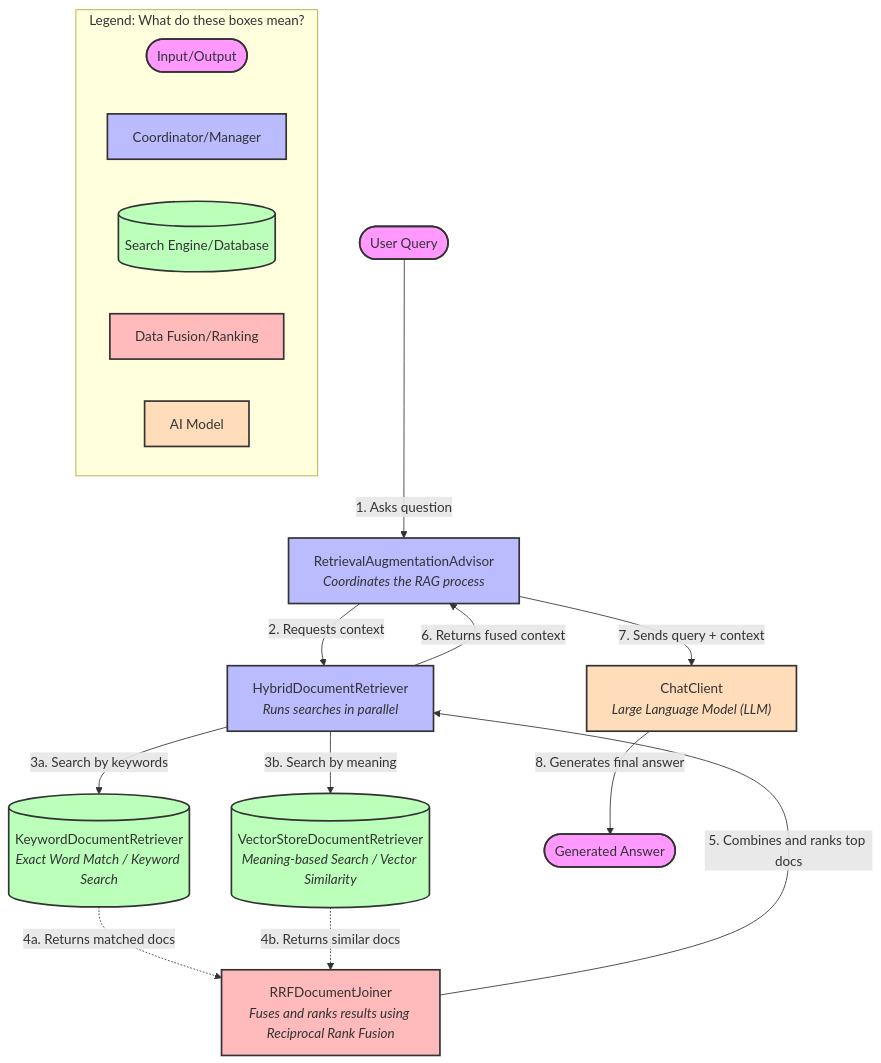
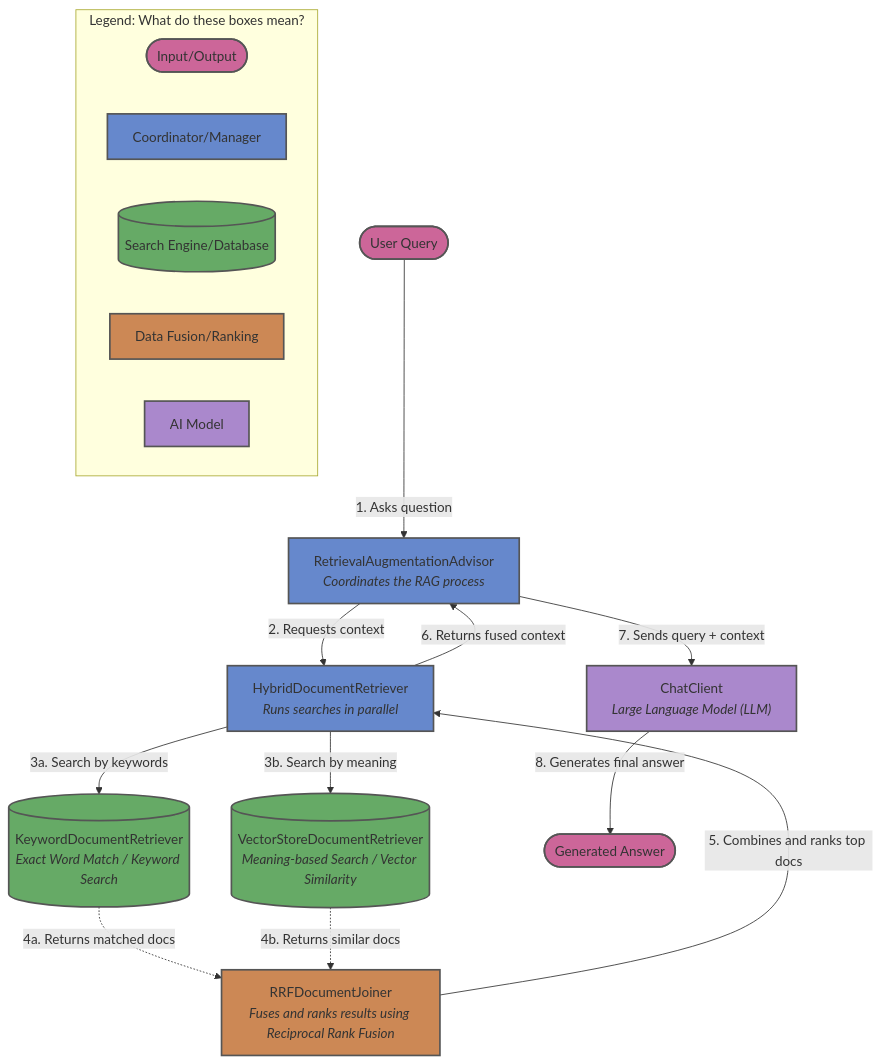
Before and after one commit to rajadilipkolli/ai-playground: the diagram in rag/rag-springai-ollama-llm/ReadMe.md, drawn with Mermaid. The commit also changed 36 other files, not shown here.

````diff
--- a/rag/rag-springai-ollama-llm/ReadMe.md
+++ b/rag/rag-springai-ollama-llm/ReadMe.md
@@ -7,47 +7,47 @@
 ```mermaid
 flowchart TD
     %% Define Styles / Legend
-    classDef userReq fill:#f9f,stroke:#333,stroke-width:2px;
-    classDef coordinator fill:#bbf,stroke:#333,stroke-width:2px;
-    classDef searchEngine fill:#bfb,stroke:#333,stroke-width:2px;
-    classDef fusion fill:#fbb,stroke:#333,stroke-width:2px;
-    classDef llm fill:#fdb,stroke:#333,stroke-width:2px;
+    classDef userReq fill:#cc6699,stroke:#555555,stroke-width:2px;
+    classDef coordinator fill:#6688cc,stroke:#555555,stroke-width:2px;
+    classDef searchEngine fill:#66aa66,stroke:#555555,stroke-width:2px;
+    classDef fusion fill:#cc8855,stroke:#555555,stroke-width:2px;
+    classDef llm fill:#aa88cc,stroke:#555555,stroke-width:2px;
 
     %% Nodes
     User(["User Query"]):::userReq
     Advisor["RetrievalAugmentationAdvisor<br/><i>Coordinates the RAG process</i>"]:::coordinator
     HybridRetriever["HybridDocumentRetriever<br/><i>Runs searches in parallel</i>"]:::coordinator
     
     KeywordSearch[("KeywordDocumentRetriever<br/><i>Exact Word Match / Keyword Search</i>")]:::searchEngine
     VectorSearch[("VectorStoreDocumentRetriever<br/><i>Meaning-based Search / Vector Similarity</i>")]:::searchEngine
     
     Joiner["RRFDocumentJoiner<br/><i>Fuses and ranks results using Reciprocal Rank Fusion</i>"]:::fusion
     
     Ollama["ChatClient<br/><i>Large Language Model (LLM)</i>"]:::llm
     Response(["Generated Answer"]):::userReq
 
     %% Flow
     User -->|1. Asks question| Advisor
     Advisor -->|2. Requests context| HybridRetriever
     
     HybridRetriever -->|3a. Search by keywords| KeywordSearch
     HybridRetriever -->|3b. Search by meaning| VectorSearch
     
     KeywordSearch -.->|4a. Returns matched docs| Joiner
     VectorSearch -.->|4b. Returns similar docs| Joiner
     
     Joiner -->|5. Combines and ranks top docs| HybridRetriever
     HybridRetriever -->|6. Returns fused context| Advisor
     
     Advisor -->|7. Sends query + context| Ollama
     Ollama -->|8. Generates final answer| Response
 
     %% Legend
     subgraph Legend [Legend: What do these boxes mean?]
         L1(["Input/Output"]):::userReq
         L2["Coordinator/Manager"]:::coordinator
         L3[("Search Engine/Database")]:::searchEngine
         L4["Data Fusion/Ranking"]:::fusion
         L5["AI Model"]:::llm
     end
 ```
````
